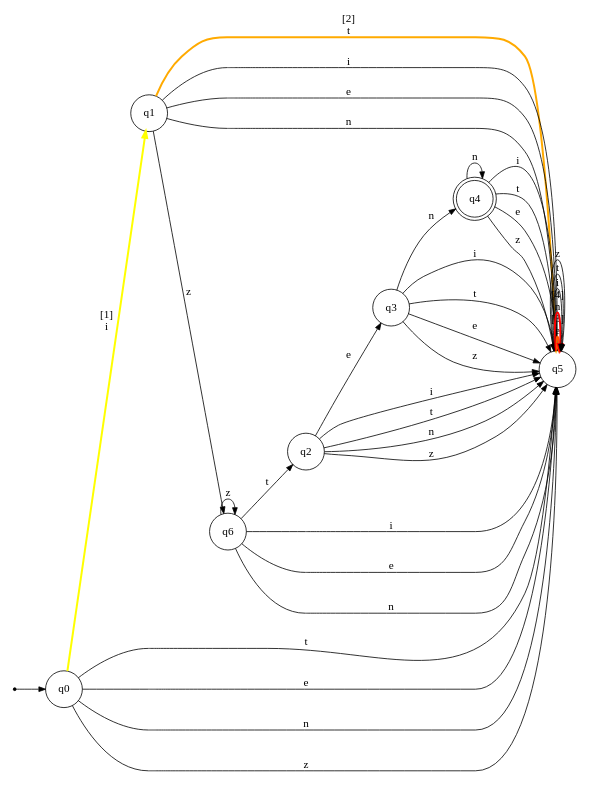
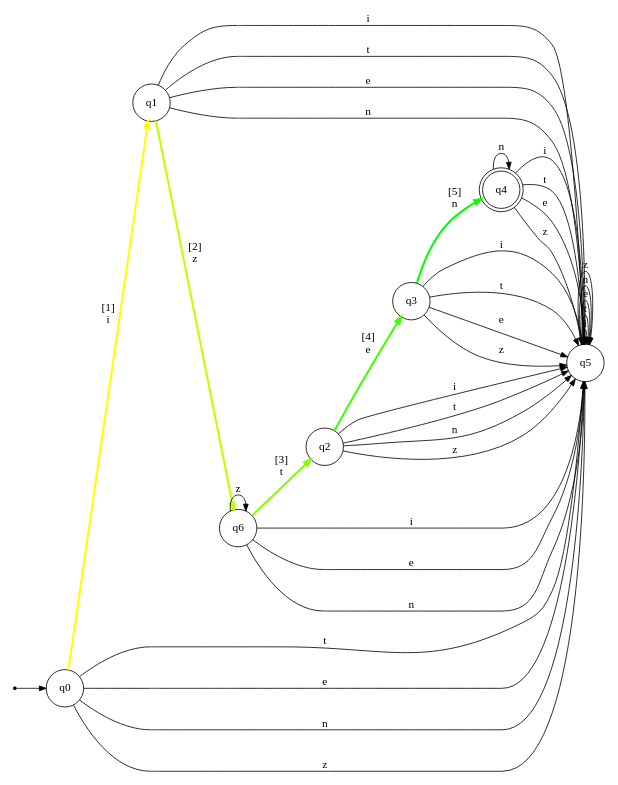
Before and after one commit to MohamadAbdelmoniem/Compiler-Spring-2022: the diagram in Source/Code/Digraph.gv, drawn with Graphviz. The commit also changed 2 other files, not shown here.

```diff
--- a/Source/Code/Digraph.gv
+++ b/Source/Code/Digraph.gv
@@ -1,52 +1,53 @@
 digraph {
 	ranksep=0.5 size="8, 8"
 	rankdir=LR
 	Initial [label="" fontsize=14.0 shape=point]
 	q0 [fontsize=14.0 shape=circle]
 	q1 [fontsize=14.0 shape=circle]
 	q2 [fontsize=14.0 shape=circle]
 	q3 [fontsize=14.0 shape=circle]
 	q4 [fontsize=14.0 shape=doublecircle]
 	q5 [fontsize=14.0 shape=circle]
 	q6 [fontsize=14.0 shape=circle]
 	Initial -> q0 [arrowsize=0.85]
 	q0 -> q1 [label=" [1]
 i " arrowsize=0.85 color="#ffff00" fontsize=14.0 penwidth=2.5]
-	q1 -> q5 [label=" [2]
-t " arrowsize=0.85 color="#ffaa00" fontsize=14.0 penwidth=2.5]
-	q5 -> q5 [label=" [3]
-e " arrowsize=0.85 color="#ff5500" fontsize=14.0 penwidth=2.5]
-	q5 -> q5 [label=" [4]
-n " arrowsize=0.85 color="#ff0000" fontsize=14.0 penwidth=2.5]
+	q1 -> q6 [label=" [2]
+z " arrowsize=0.85 color="#bfff00" fontsize=14.0 penwidth=2.5]
+	q6 -> q2 [label=" [3]
+t " arrowsize=0.85 color="#80ff00" fontsize=14.0 penwidth=2.5]
+	q2 -> q3 [label=" [4]
+e " arrowsize=0.85 color="#40ff00" fontsize=14.0 penwidth=2.5]
+	q3 -> q4 [label=" [5]
+n " arrowsize=0.85 color="#00ff00" fontsize=14.0 penwidth=2.5]
 	q0 -> q5 [label=" t " arrowsize=0.85 fontsize=14.0]
 	q0 -> q5 [label=" e " arrowsize=0.85 fontsize=14.0]
 	q0 -> q5 [label=" n " arrowsize=0.85 fontsize=14.0]
 	q0 -> q5 [label=" z " arrowsize=0.85 fontsize=14.0]
 	q1 -> q5 [label=" i " arrowsize=0.85 fontsize=14.0]
+	q1 -> q5 [label=" t " arrowsize=0.85 fontsize=14.0]
 	q1 -> q5 [label=" e " arrowsize=0.85 fontsize=14.0]
 	q1 -> q5 [label=" n " arrowsize=0.85 fontsize=14.0]
-	q1 -> q6 [label=" z " arrowsize=0.85 fontsize=14.0]
 	q2 -> q5 [label=" i " arrowsize=0.85 fontsize=14.0]
 	q2 -> q5 [label=" t " arrowsize=0.85 fontsize=14.0]
-	q2 -> q3 [label=" e " arrowsize=0.85 fontsize=14.0]
 	q2 -> q5 [label=" n " arrowsize=0.85 fontsize=14.0]
 	q2 -> q5 [label=" z " arrowsize=0.85 fontsize=14.0]
 	q3 -> q5 [label=" i " arrowsize=0.85 fontsize=14.0]
 	q3 -> q5 [label=" t " arrowsize=0.85 fontsize=14.0]
 	q3 -> q5 [label=" e " arrowsize=0.85 fontsize=14.0]
-	q3 -> q4 [label=" n " arrowsize=0.85 fontsize=14.0]
 	q3 -> q5 [label=" z " arrowsize=0.85 fontsize=14.0]
 	q4 -> q5 [label=" i " arrowsize=0.85 fontsize=14.0]
 	q4 -> q5 [label=" t " arrowsize=0.85 fontsize=14.0]
 	q4 -> q5 [label=" e " arrowsize=0.85 fontsize=14.0]
 	q4 -> q4 [label=" n " arrowsize=0.85 fontsize=14.0]
 	q4 -> q5 [label=" z " arrowsize=0.85 fontsize=14.0]
 	q5 -> q5 [label=" i " arrowsize=0.85 fontsize=14.0]
 	q5 -> q5 [label=" t " arrowsize=0.85 fontsize=14.0]
+	q5 -> q5 [label=" e " arrowsize=0.85 fontsize=14.0]
+	q5 -> q5 [label=" n " arrowsize=0.85 fontsize=14.0]
 	q5 -> q5 [label=" z " arrowsize=0.85 fontsize=14.0]
 	q6 -> q5 [label=" i " arrowsize=0.85 fontsize=14.0]
-	q6 -> q2 [label=" t " arrowsize=0.85 fontsize=14.0]
 	q6 -> q6 [label=" z " arrowsize=0.85 fontsize=14.0]
 	q6 -> q5 [label=" e " arrowsize=0.85 fontsize=14.0]
 	q6 -> q5 [label=" n " arrowsize=0.85 fontsize=14.0]
 }
```
